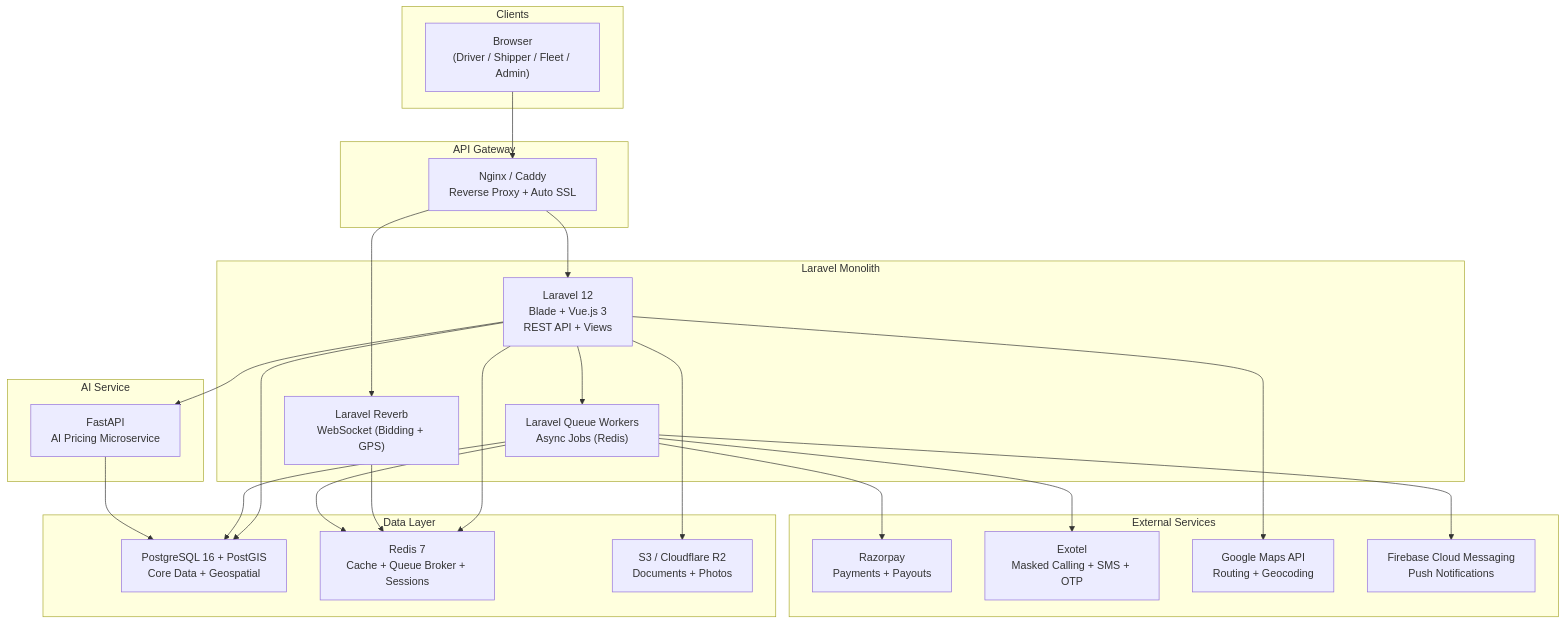
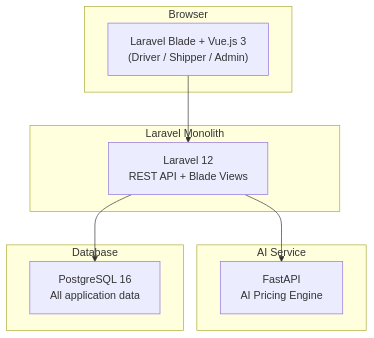
One commit to roadlancer/RoadLancer changed the diagram in tech-stack.md. Above: the diagram before and after it, drawn with Mermaid. The commit also changed other lines of this file and 7 other files, not shown here.

````diff
--- a/tech-stack.md
+++ b/tech-stack.md
@@ -5,50 +5,22 @@
 ```mermaid
 graph TB
-    subgraph "Clients"
-        BROWSER["Browser<br/>(Driver / Shipper / Fleet / Admin)"]
-    end
-
-    subgraph "API Gateway"
-        NGINX["Nginx / Caddy<br/>Reverse Proxy + Auto SSL"]
+    subgraph "Browser"
+        UI["Laravel Blade + Vue.js 3<br/>(Driver / Shipper / Admin)"]
     end
 
     subgraph "Laravel Monolith"
-        LARAVEL["Laravel 12<br/>Blade + Vue.js 3<br/>REST API + Views"]
-        QUEUE["Laravel Queue Workers<br/>Async Jobs (Redis)"]
-        WS["Laravel Reverb<br/>WebSocket (Bidding + GPS)"]
+        LARAVEL["Laravel 12<br/>REST API + Blade Views"]
     end
 
     subgraph "AI Service"
-        FASTAPI["FastAPI<br/>AI Pricing Microservice"]
+        FASTAPI["FastAPI<br/>AI Pricing Engine"]
     end
 
-    subgraph "Data Layer"
-        PG["PostgreSQL 16 + PostGIS<br/>Core Data + Geospatial"]
-        REDIS["Redis 7<br/>Cache + Queue Broker + Sessions"]
-        S3["S3 / Cloudflare R2<br/>Documents + Photos"]
+    subgraph "Database"
+        PG["PostgreSQL 16<br/>All application data"]
     end
 
-    subgraph "External Services"
-        RAZORPAY["Razorpay<br/>Payments + Payouts"]
-        EXOTEL["Exotel<br/>Masked Calling + SMS + OTP"]
-        MAPS["Google Maps API<br/>Routing + Geocoding"]
-        FCM["Firebase Cloud Messaging<br/>Push Notifications"]
-    end
-
-    BROWSER --> NGINX
-    NGINX --> LARAVEL
-    NGINX --> WS
+    UI --> LARAVEL
     LARAVEL --> PG
-    LARAVEL --> REDIS
-    LARAVEL --> QUEUE
     LARAVEL --> FASTAPI
-    WS --> REDIS
-    QUEUE --> REDIS
-    QUEUE --> PG
-    QUEUE --> RAZORPAY
-    QUEUE --> EXOTEL
-    QUEUE --> FCM
-    FASTAPI --> PG
-    LARAVEL --> S3
-    LARAVEL --> MAPS
 ```
````
